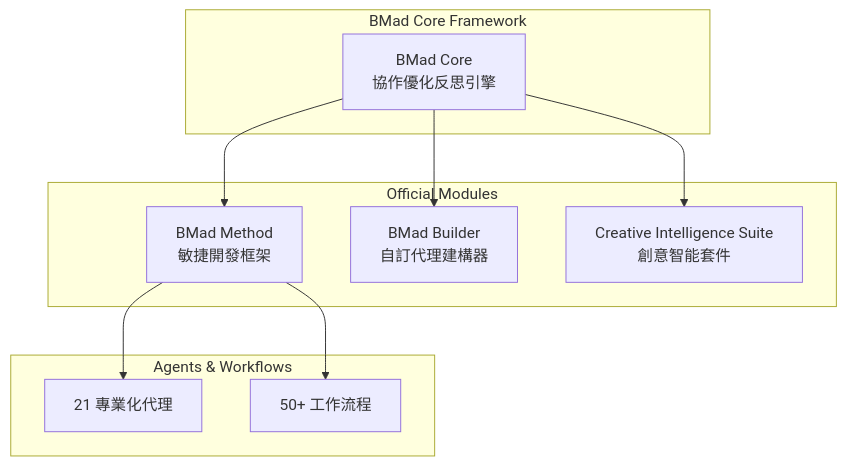
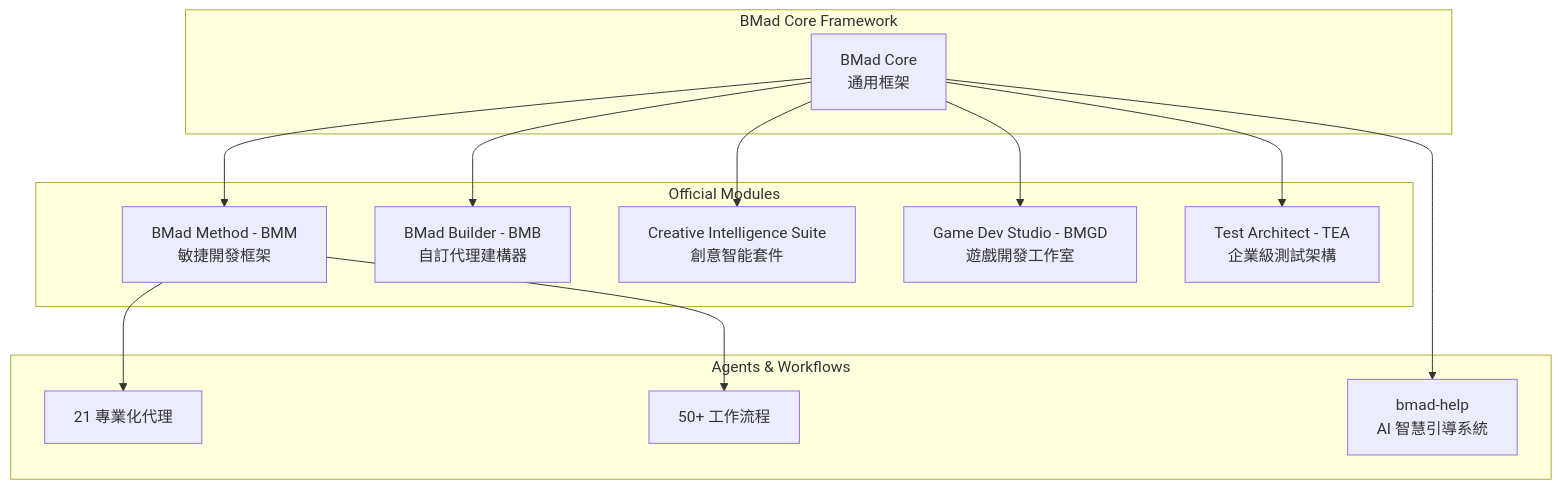
One commit to chihhung/Blog changed the first of 12 diagrams in content/posts/教學/AI開發/BMAD-METHOD使用教學.md. Above: the diagram before and after it, drawn with Mermaid. The commit also changed other lines of this file and 2 other files, not shown here.

````diff
--- a/content/posts/教學/AI開發/BMAD-METHOD使用教學.md
+++ b/content/posts/教學/AI開發/BMAD-METHOD使用教學.md
@@ -139,23 +140,29 @@
 ```mermaid
 graph TB
     subgraph "BMad Core Framework"
-        CORE[BMad Core<br/>協作優化反思引擎]
+        CORE[BMad Core<br/>通用框架]
     end
     
     subgraph "Official Modules"
-        BMM[BMad Method<br/>敏捷開發框架]
-        BMB[BMad Builder<br/>自訂代理建構器]
+        BMM[BMad Method - BMM<br/>敏捷開發框架]
+        BMB[BMad Builder - BMB<br/>自訂代理建構器]
         CIS[Creative Intelligence Suite<br/>創意智能套件]
+        BMGD[Game Dev Studio - BMGD<br/>遊戲開發工作室]
+        TEA[Test Architect - TEA<br/>企業級測試架構]
     end
     
     subgraph "Agents & Workflows"
         AGENTS[21 專業化代理]
         WORKFLOWS[50+ 工作流程]
+        HELP[bmad-help<br/>AI 智慧引導系統]
     end
     
     CORE --> BMM
     CORE --> BMB
     CORE --> CIS
+    CORE --> BMGD
+    CORE --> TEA
     BMM --> AGENTS
     BMM --> WORKFLOWS
+    CORE --> HELP
 ```
````
